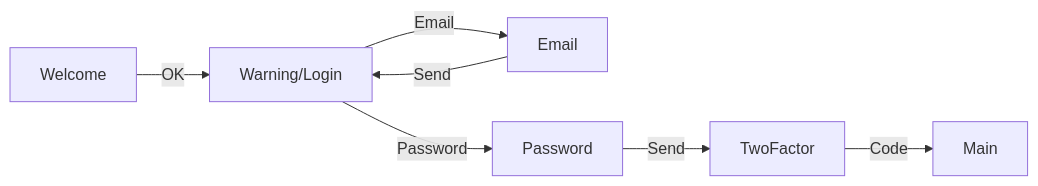
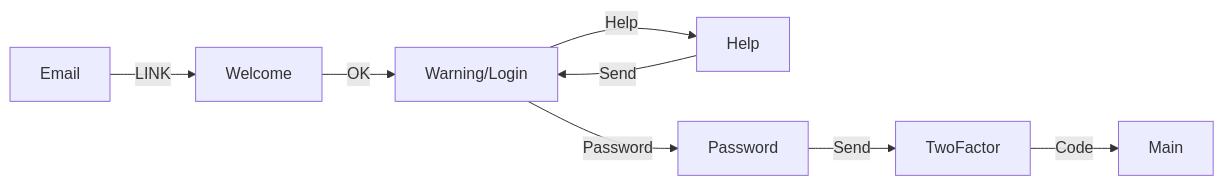
Before and after one commit to aivanova5/design: the first of 4 diagrams in docs/monitors.md, drawn with Mermaid. The commit also changed other lines of this file, not shown here.

````diff
--- a/docs/monitors.md
+++ b/docs/monitors.md
@@ -7,12 +9,13 @@
 ```mermaid
 flowchart LR
 
+  Email --LINK--> Welcome
   Welcome --OK--> Warning/Login 
   
-  Warning/Login --Email--> Email
+  Warning/Login --Help--> Help
   Warning/Login --Password--> Password
   
-  Email --Send--> Warning/Login
+  Help --Send--> Warning/Login
   
   Password --Send--> TwoFactor --Code--> Main
 ```
````
